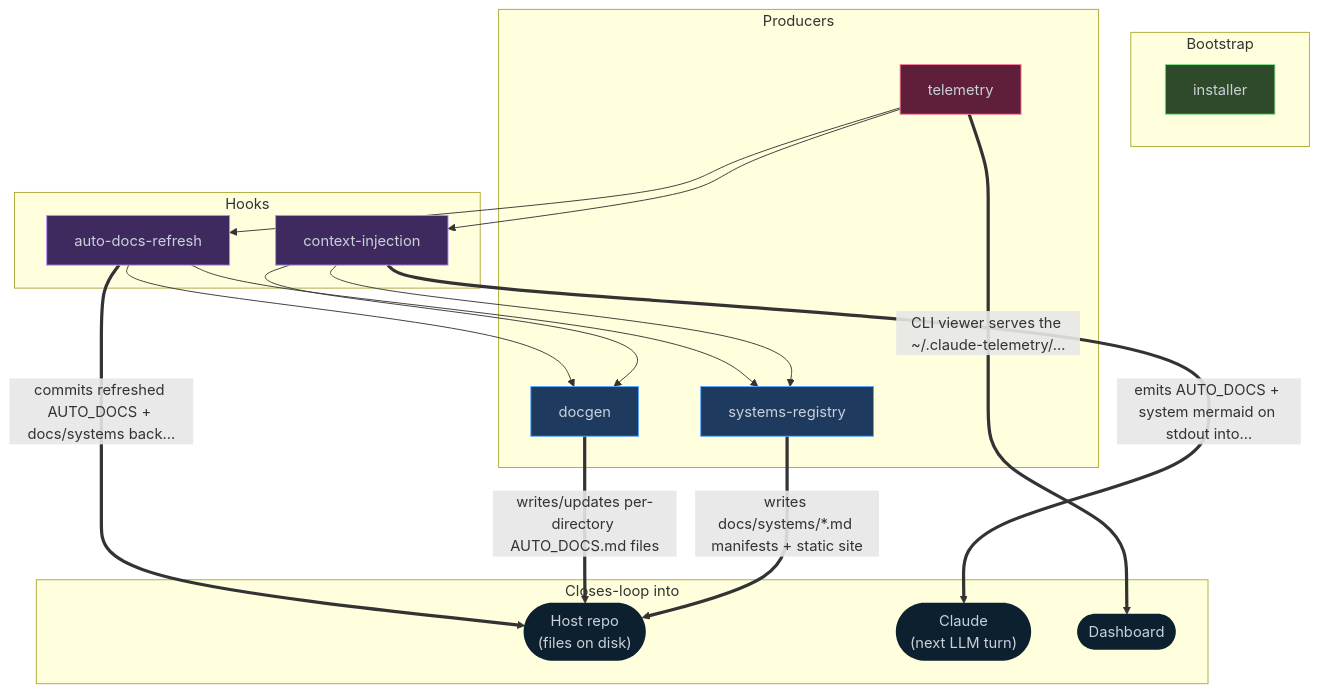
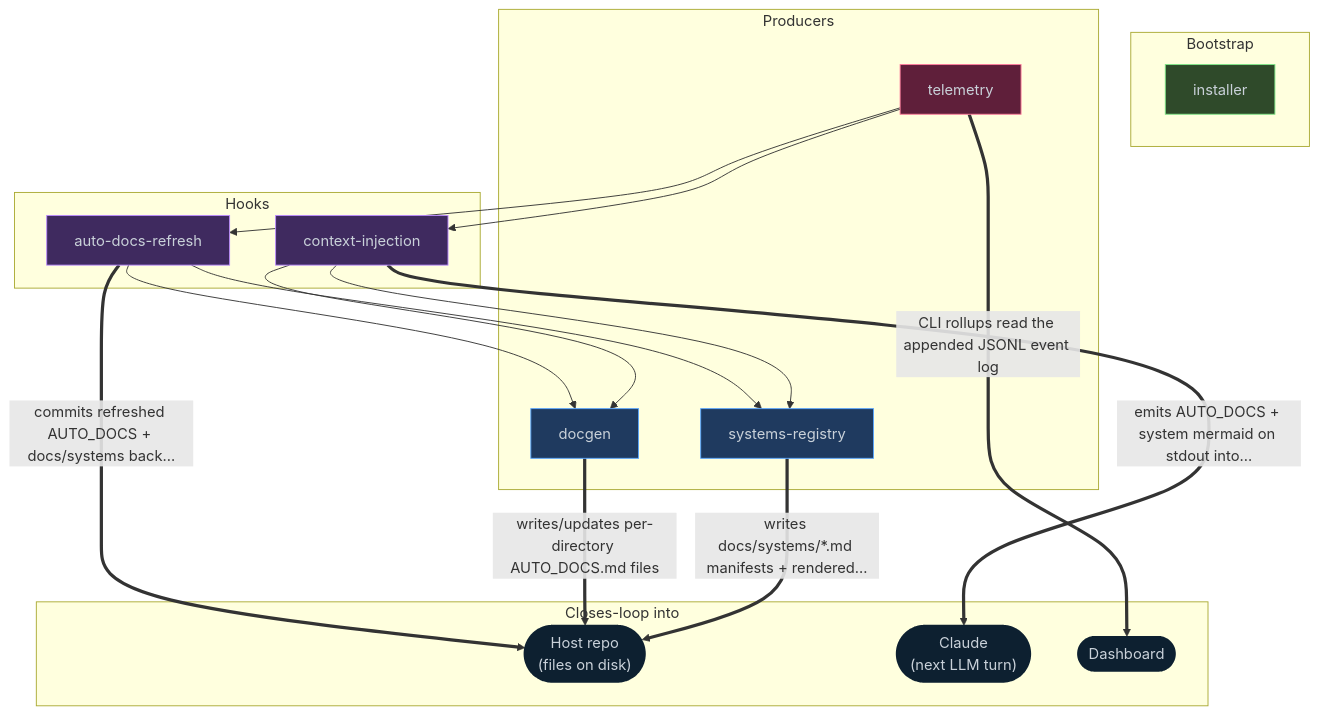
Before and after one commit to decider/codecontext: the diagram in docs/systems/README.md, drawn with Mermaid. The commit also changed other lines of this file and 14 other files, not shown here.

First line of the commit message:
fix: top-down loop diagrams + layout-stability guard, higher-quality manifests

````diff
--- a/docs/systems/README.md
+++ b/docs/systems/README.md
@@ -19,45 +19,45 @@
 ```mermaid
 flowchart TB
   subgraph bootstrap_grp ["Bootstrap"]
     installer["installer"]:::kind_installer
   end
   subgraph producers_grp ["Producers"]
     docgen["docgen"]:::kind_pipeline
     systems_registry["systems-registry"]:::kind_pipeline
     telemetry["telemetry"]:::kind_data_product
   end
   subgraph hooks_grp ["Hooks"]
     auto_docs_refresh["auto-docs-refresh"]:::kind_hook
     context_injection["context-injection"]:::kind_hook
   end
   subgraph endpoints_grp ["Closes-loop into"]
     host_repo(["Host repo<br/>(files on disk)"]):::anchor
     claude_turn(["Claude<br/>(next LLM turn)"]):::anchor
     dashboard_target(["Dashboard"]):::anchor
   end
   auto_docs_refresh --> docgen
   auto_docs_refresh --> systems_registry
   auto_docs_refresh ==>|commits refreshed AUTO_DOCS + docs/systems back…| host_repo
   context_injection --> docgen
   context_injection --> systems_registry
   context_injection ==>|emits AUTO_DOCS + system mermaid on stdout into…| claude_turn
   docgen ==>|writes/updates per-directory AUTO_DOCS.md files| host_repo
-  systems_registry ==>|writes docs/systems/*.md manifests + static site| host_repo
+  systems_registry ==>|writes docs/systems/*.md manifests + rendered…| host_repo
   telemetry --> context_injection
   telemetry --> auto_docs_refresh
-  telemetry ==>|CLI viewer serves the ~/.claude-telemetry/…| dashboard_target
+  telemetry ==>|CLI rollups read the appended JSONL event log| dashboard_target
   classDef kind_pipeline fill:#1f3a5f,stroke:#58a6ff,color:#c9d1d9
   classDef kind_hook fill:#3f2a5f,stroke:#bc8cff,color:#c9d1d9
   classDef kind_installer fill:#2f4a2a,stroke:#7ee787,color:#c9d1d9
   classDef kind_gate fill:#5a3a1f,stroke:#ffa657,color:#c9d1d9
   classDef kind_loop_driver fill:#1f4a4a,stroke:#39c5cf,color:#c9d1d9
   classDef kind_data_product fill:#5f1f3a,stroke:#ff7b9c,color:#c9d1d9
   classDef kind_unknown fill:#21262d,stroke:#7d8590,color:#c9d1d9
   classDef anchor fill:#0d2030,stroke:#58a6ff,color:#c9d1d9,stroke-dasharray: 4 2
   click auto_docs_refresh "#auto-docs-refresh" _self
   click context_injection "#context-injection" _self
   click docgen "#docgen" _self
   click installer "#installer" _self
   click systems_registry "#systems-registry" _self
   click telemetry "#telemetry" _self
 ```
````
